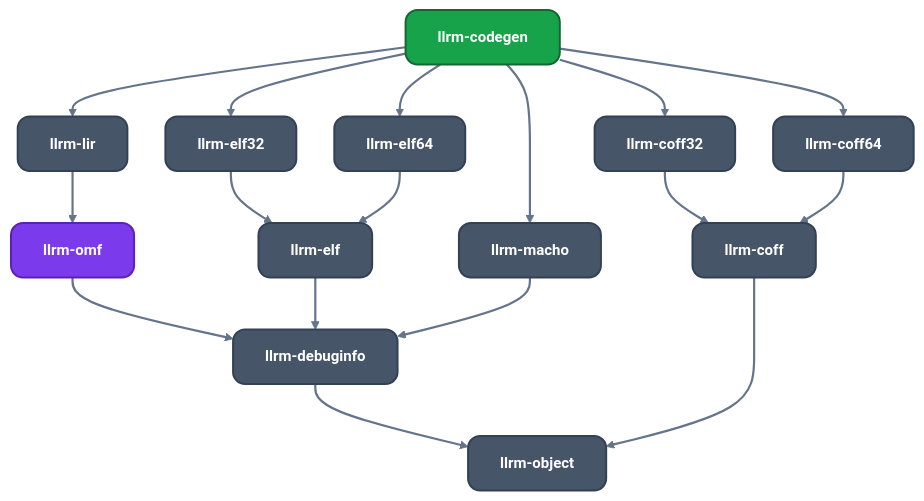
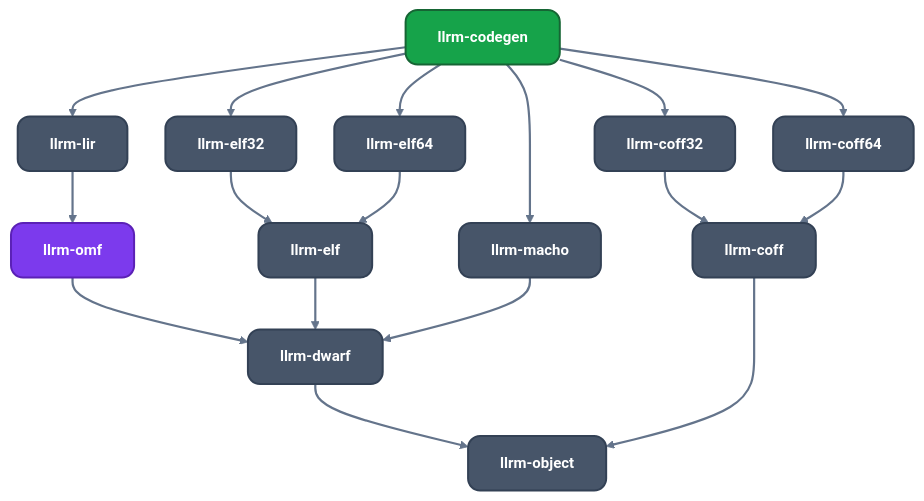
The fourth of 4 diagrams in docs/reference/crates.md (ali-mosavian/llrm), drawn with Mermaid before and after one commit. The commit also changed other lines of this file and 41 other files, not shown here.

Commit message:
refactor(debug): llrm-dwarf and llrm-codeview; write_object expands the debug sections once

````diff
--- a/docs/reference/crates.md
+++ b/docs/reference/crates.md
@@ -121,36 +121,36 @@
 ```mermaid
 %%{init: {'theme':'base','themeVariables':{'fontFamily':'Segoe UI, Helvetica Neue, Arial, DejaVu Sans, sans-serif','fontSize':'15px','primaryColor':'#475569','primaryTextColor':'#ffffff','primaryBorderColor':'#334155','lineColor':'#64748b','secondaryColor':'#475569','tertiaryColor':'transparent','clusterBkg':'transparent','clusterBorder':'#64748b','edgeLabelBackground':'#334155','textColor':'#64748b','titleColor':'#64748b'},'flowchart':{'curve':'basis','nodeSpacing':38,'rankSpacing':52,'padding':16,'wrappingWidth':360,'htmlLabels':true,'useMaxWidth':true}}}%%
 flowchart TB
   classDef mid fill:#475569,stroke:#334155,stroke-width:2px,color:#ffffff,rx:12px,ry:12px
   classDef out fill:#16a34a,stroke:#166534,stroke-width:2px,color:#ffffff,rx:12px,ry:12px
   classDef data fill:#7c3aed,stroke:#5b21b6,stroke-width:2px,color:#ffffff,rx:12px,ry:12px
   linkStyle default stroke:#64748b,stroke-width:2.2px
   core["<b>llrm-codegen</b>"]:::out
   lir["<b>llrm-lir</b>"]:::mid
   omf["<b>llrm-omf</b>"]:::data
-  dwarf["<b>llrm-debuginfo</b>"]:::mid
+  dwarf["<b>llrm-dwarf</b>"]:::mid
   obj["<b>llrm-object</b>"]:::mid
   elf["<b>llrm-elf</b>"]:::mid
   e32["<b>llrm-elf32</b>"]:::mid
   e64["<b>llrm-elf64</b>"]:::mid
   macho["<b>llrm-macho</b>"]:::mid
   coff["<b>llrm-coff</b>"]:::mid
   c32["<b>llrm-coff32</b>"]:::mid
   c64["<b>llrm-coff64</b>"]:::mid
   core --> lir
   core --> e32
   core --> e64
   core --> macho
   core --> c32
   core --> c64
   lir --> omf
   omf --> dwarf
   e32 --> elf
   e64 --> elf
   elf --> dwarf
   macho --> dwarf
   dwarf --> obj
   c32 --> coff
   c64 --> coff
   coff --> obj
 ```
````
